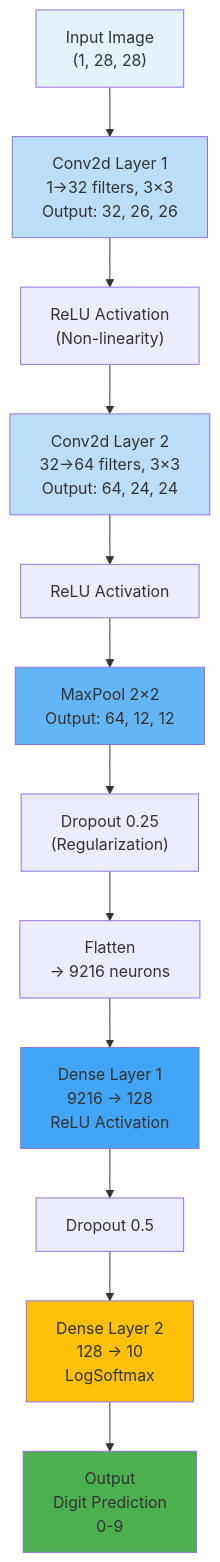
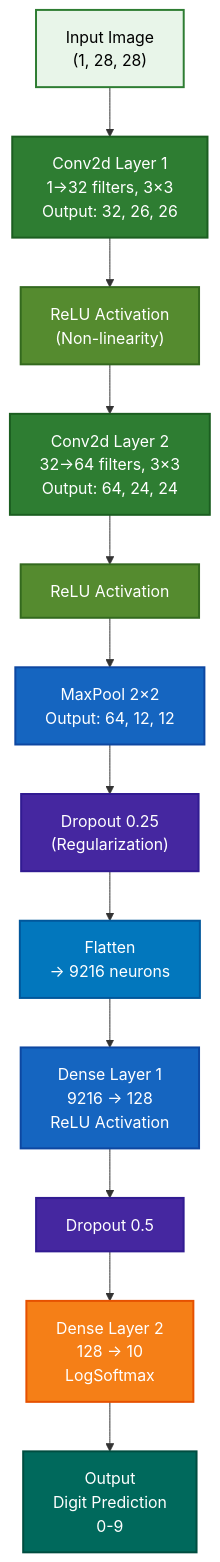
Before and after one commit to VishnuKant0925/MNIST-Digit-Classifier-: the third of 5 diagrams in README.md, drawn with Mermaid. The commit also changed other lines of this file, not shown here.

````diff
--- a/README.md
+++ b/README.md
@@ -296,22 +296,27 @@
 ```mermaid
 graph TD
     A["Input Image<br/>(1, 28, 28)"] --> B["Conv2d Layer 1<br/>1→32 filters, 3×3<br/>Output: 32, 26, 26"]
     B --> C["ReLU Activation<br/>(Non-linearity)"]
     C --> D["Conv2d Layer 2<br/>32→64 filters, 3×3<br/>Output: 64, 24, 24"]
     D --> E["ReLU Activation"]
     E --> F["MaxPool 2×2<br/>Output: 64, 12, 12"]
     F --> G["Dropout 0.25<br/>(Regularization)"]
     G --> H["Flatten<br/>→ 9216 neurons"]
     H --> I["Dense Layer 1<br/>9216 → 128<br/>ReLU Activation"]
     I --> J["Dropout 0.5"]
     J --> K["Dense Layer 2<br/>128 → 10<br/>LogSoftmax"]
     K --> L["Output<br/>Digit Prediction<br/>0-9"]
 
-    style A fill:#E3F2FD
-    style B fill:#BBDEFB
-    style D fill:#BBDEFB
-    style F fill:#64B5F6
-    style I fill:#42A5F5
-    style K fill:#FFC107
-    style L fill:#4CAF50
+    style A fill:#E8F5E9,stroke:#2E7D32,stroke-width:2px,color:#000
+    style B fill:#2E7D32,stroke:#1B5E20,stroke-width:2px,color:#fff
+    style C fill:#558B2F,stroke:#33691E,stroke-width:2px,color:#fff
+    style D fill:#2E7D32,stroke:#1B5E20,stroke-width:2px,color:#fff
+    style E fill:#558B2F,stroke:#33691E,stroke-width:2px,color:#fff
+    style F fill:#1565C0,stroke:#0D47A1,stroke-width:2px,color:#fff
+    style G fill:#4527A0,stroke:#311B92,stroke-width:2px,color:#fff
+    style H fill:#0277BD,stroke:#01579B,stroke-width:2px,color:#fff
+    style I fill:#1565C0,stroke:#0D47A1,stroke-width:2px,color:#fff
+    style J fill:#4527A0,stroke:#311B92,stroke-width:2px,color:#fff
+    style K fill:#F57F17,stroke:#E65100,stroke-width:2px,color:#fff
+    style L fill:#00695C,stroke:#004D40,stroke-width:2px,color:#fff
 ```
````
